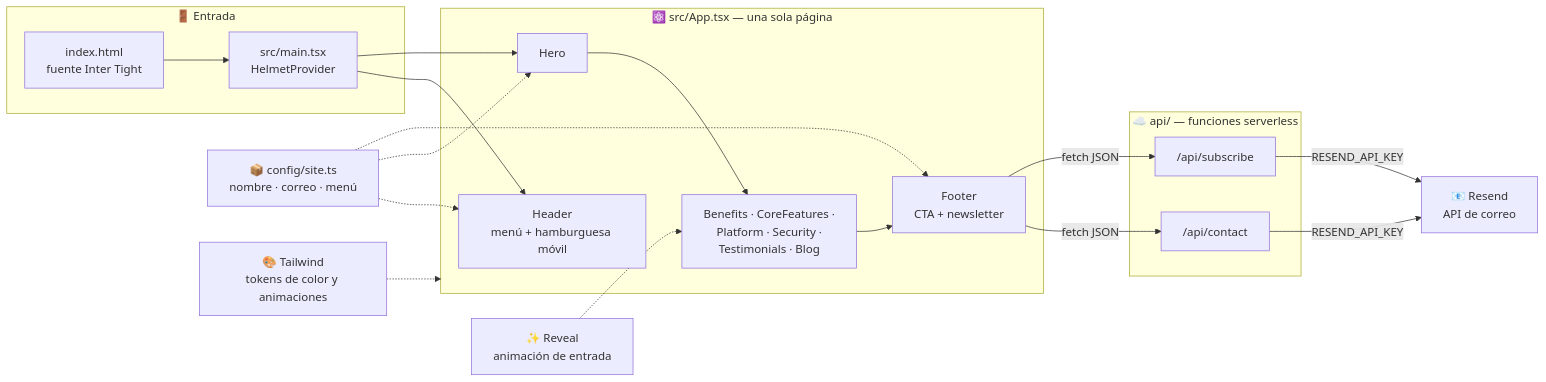
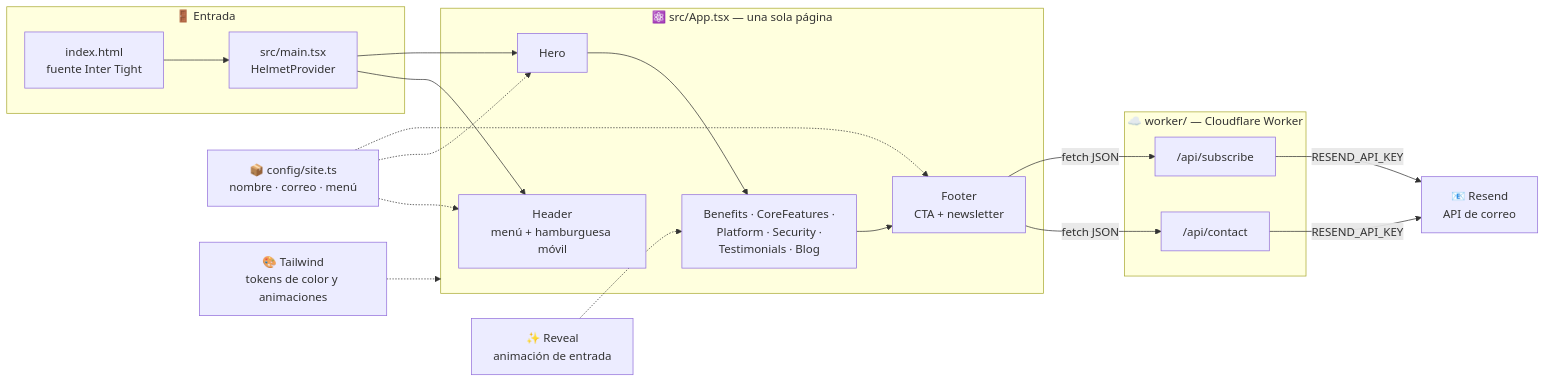
One commit to Pragmatisenterprise/Pragmatis changed the diagram in README.md. Above: the diagram before and after it, drawn with Mermaid. The commit also changed other lines of this file and 13 other files, not shown here.

Commit message:
Migra el backend de Vercel Functions a un Worker de Cloudflare

````diff
--- a/README.md
+++ b/README.md
@@ -67,32 +67,32 @@
 ```mermaid
 flowchart LR
     subgraph Entrada["🚪 Entrada"]
         HTML["index.html\nfuente Inter Tight"]
         MAIN["src/main.tsx\nHelmetProvider"]
     end
 
     subgraph App["⚛️ src/App.tsx — una sola página"]
         HEADER["Header\nmenú + hamburguesa móvil"]
         HERO["Hero"]
         SECS["Benefits · CoreFeatures ·\nPlatform · Security ·\nTestimonials · Blog"]
         FOOTER["Footer\nCTA + newsletter"]
     end
 
-    subgraph Serverless["☁️ api/ — funciones serverless"]
+    subgraph Serverless["☁️ worker/ — Cloudflare Worker"]
         CONTACT["/api/contact"]
         SUB["/api/subscribe"]
     end
     RESEND["📧 Resend\nAPI de correo"]
 
     CONF["📦 config/site.ts\nnombre · correo · menú"]
     REVEAL["✨ Reveal\nanimación de entrada"]
     TW["🎨 Tailwind\ntokens de color y animaciones"]
 
     HTML --> MAIN --> HEADER
     MAIN --> HERO --> SECS --> FOOTER
     CONF -.-> HEADER & HERO & FOOTER
     REVEAL -.-> SECS
     TW -.-> App
     FOOTER -->|fetch JSON| CONTACT & SUB
     CONTACT & SUB -->|RESEND_API_KEY| RESEND
 ```
````
